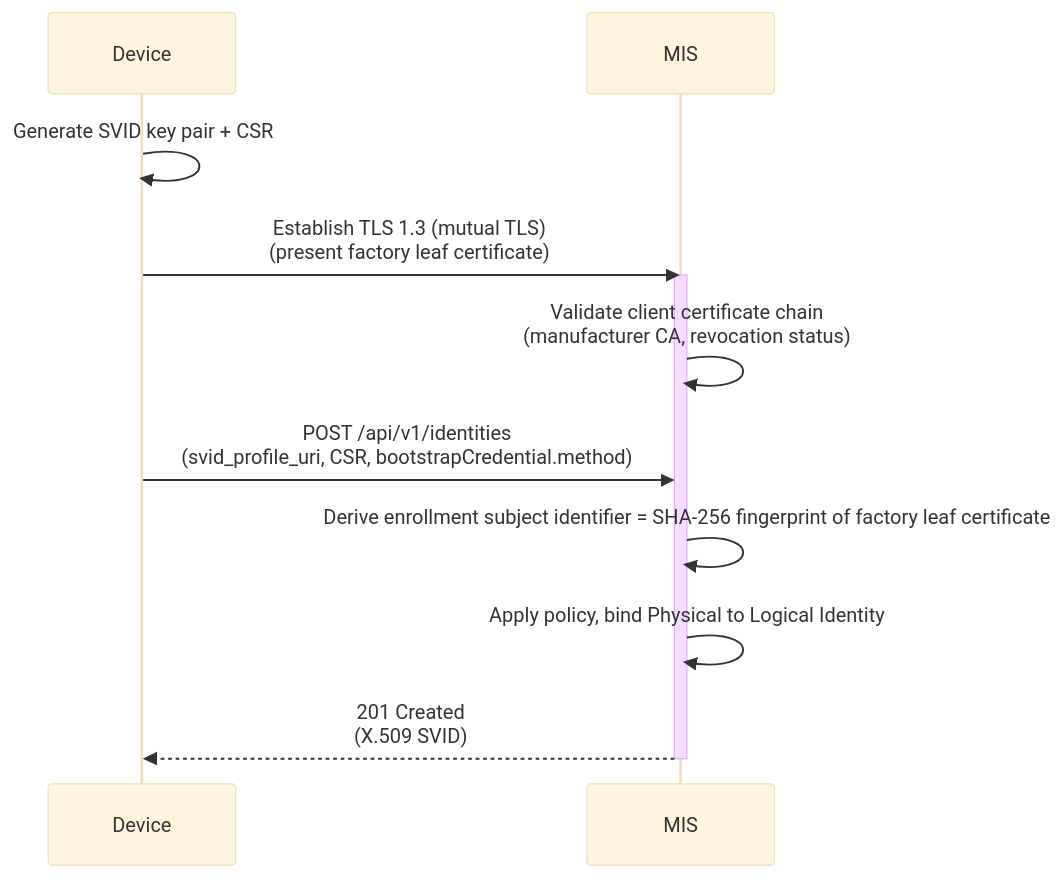
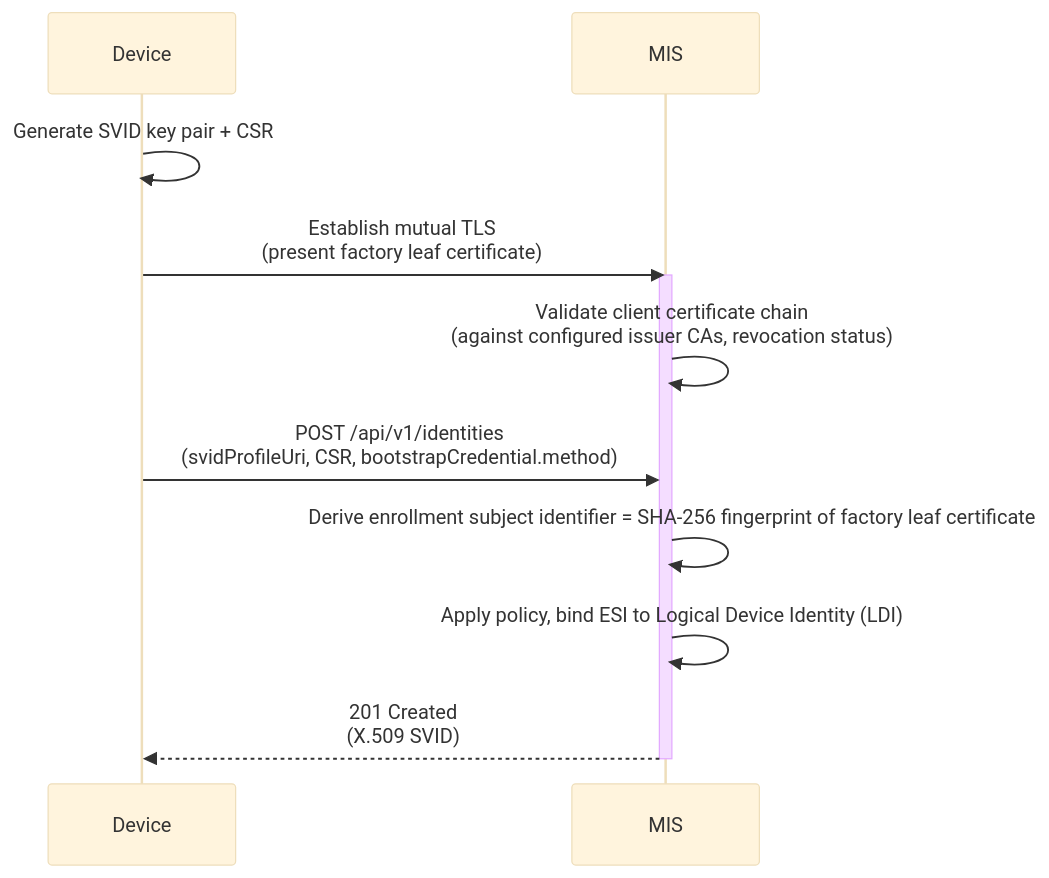
One commit to margo/specification-enhancements changed the third of 3 diagrams in proposals/margo-identity-and-authorization-framework.md. Above: the diagram before and after it, drawn with Mermaid (base theme). The commit also changed other lines of this file and 43 other files, not shown here.

First line of the commit message:
MIAF SUP: narrow v0 scope and add WFM Client Identity Profile

````diff
--- a/proposals/margo-identity-and-authorization-framework.md
+++ b/proposals/margo-identity-and-authorization-framework.md
@@ -1707,15 +972,15 @@
 ```mermaid
 sequenceDiagram
     participant Device
     participant MIS
 
     Device->>Device: Generate SVID key pair + CSR
-    Device->>MIS: Establish TLS 1.3 (mutual TLS)<br/>(present factory leaf certificate)
+    Device->>MIS: Establish mutual TLS<br/>(present factory leaf certificate)
     activate MIS
-    MIS->>MIS: Validate client certificate chain<br/>(manufacturer CA, revocation status)
-    Device->>MIS: POST /api/v1/identities<br/>(svid_profile_uri, CSR, bootstrapCredential.method)
+    MIS->>MIS: Validate client certificate chain<br/>(against configured issuer CAs, revocation status)
+    Device->>MIS: POST /api/v1/identities<br/>(svidProfileUri, CSR, bootstrapCredential.method)
     MIS->>MIS: Derive enrollment subject identifier = SHA-256 fingerprint of factory leaf certificate
-    MIS->>MIS: Apply policy, bind Physical to Logical Identity
+    MIS->>MIS: Apply policy, bind ESI to Logical Device Identity (LDI)
     MIS-->>Device: 201 Created<br/>(X.509 SVID)
     deactivate MIS
 ```
````
